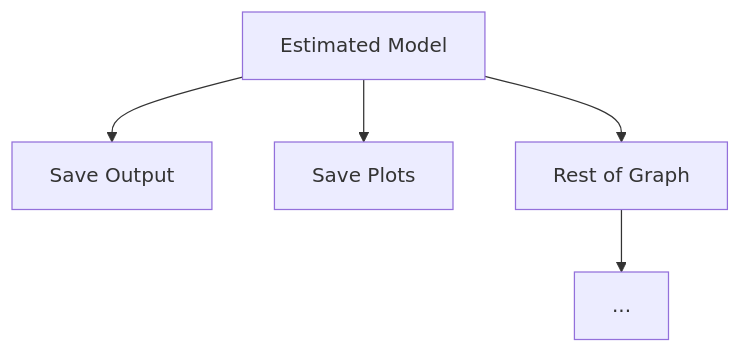
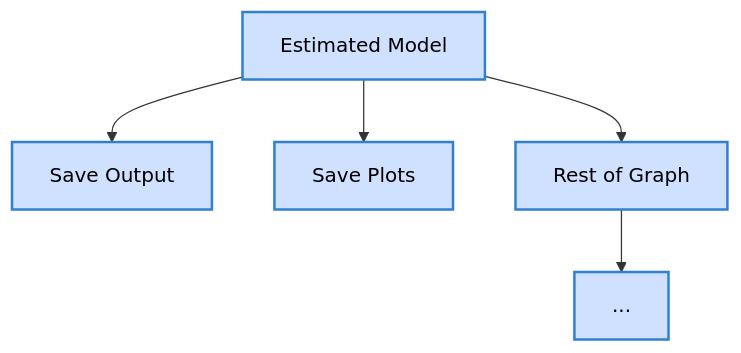
One commit to NickyTops23/pyautocausal changed the fifth of 5 diagrams in docs/design-document.md. Above: the diagram before and after it, drawn with Mermaid. The commit also changed other lines of this file, not shown here.

````diff
--- a/docs/design-document.md
+++ b/docs/design-document.md
@@ -122,11 +180,15 @@
 ```mermaid
 graph TD
 
     S[Estimated Model]  --> B1[Save Output]
     S --> B2[Save Plots]
 
     S--> A1[Rest of Graph]
 
-   A1[Rest of Graph] --> A2[...]
+    A1[Rest of Graph] --> A2[...]
+    
+    %% All nodes in this graph are action nodes
+    classDef actionNode fill:#d0e0ff,stroke:#3080cf,stroke-width:2px,color:black;
+    class S,B1,B2,A1,A2 actionNode;
 
 ```
````
